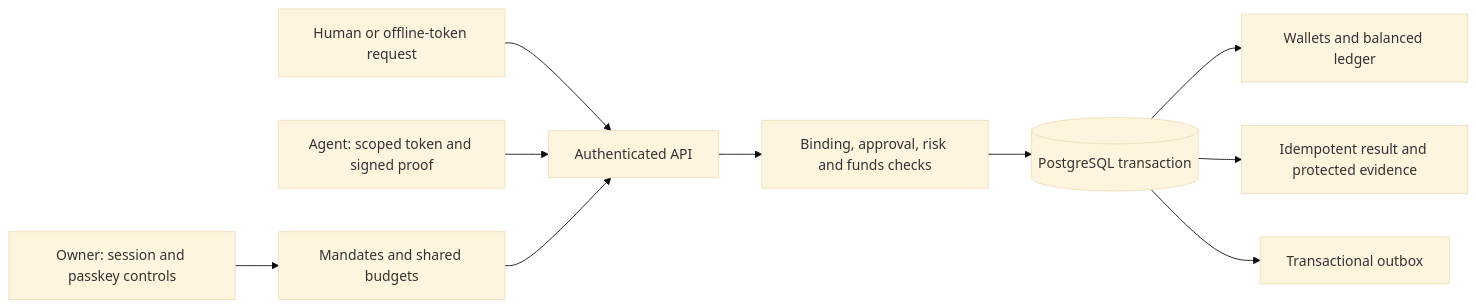
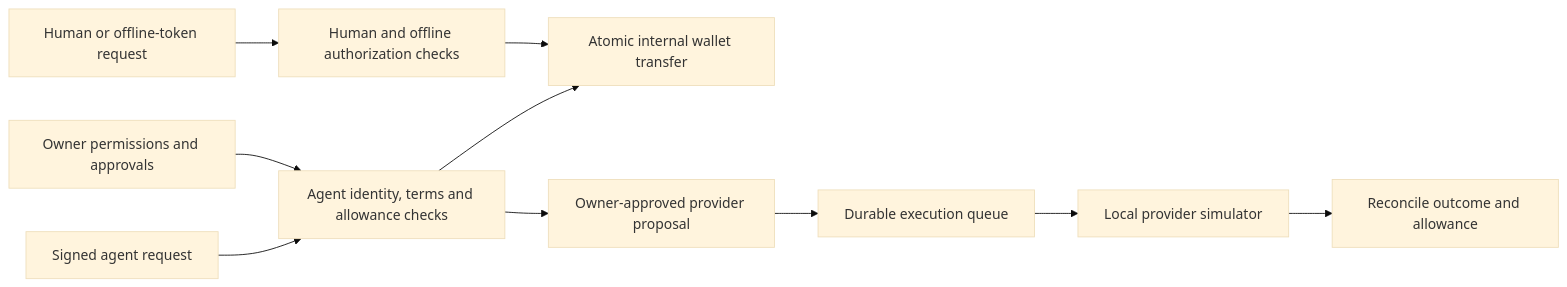
Before and after one commit to InsaneCoder789/Rail: the diagram in README.md, drawn with Mermaid (base theme). The commit also changed other lines of this file and 3 other files, not shown here.

````diff
--- a/README.md
+++ b/README.md
@@ -19,12 +41,12 @@
 ```mermaid
 flowchart LR
-    Owner[Owner: session and passkey controls] --> Policy[Mandates and shared budgets]
-    Human[Human or offline-token request] --> API[Authenticated API]
-    Agent[Agent: scoped token and signed proof] --> API
-    Policy --> API
-    API --> Checks[Binding, approval, risk and funds checks]
-    Checks --> DB[(PostgreSQL transaction)]
-    DB --> Ledger[Wallets and balanced ledger]
-    DB --> Replay[Idempotent result and protected evidence]
-    DB --> Events[Transactional outbox]
+    Owner[Owner permissions and approvals] --> Checks[Agent identity, terms and allowance checks]
+    Agent[Signed agent request] --> Checks
+    Human[Human or offline-token request] --> HumanChecks[Human and offline authorization checks]
+    HumanChecks --> Internal[Atomic internal wallet transfer]
+    Checks --> Internal[Atomic internal wallet transfer]
+    Checks --> Approved[Owner-approved provider proposal]
+    Approved --> Queue[Durable execution queue]
+    Queue --> Simulator[Local provider simulator]
+    Simulator --> Outcome[Reconcile outcome and allowance]
 ```
````
